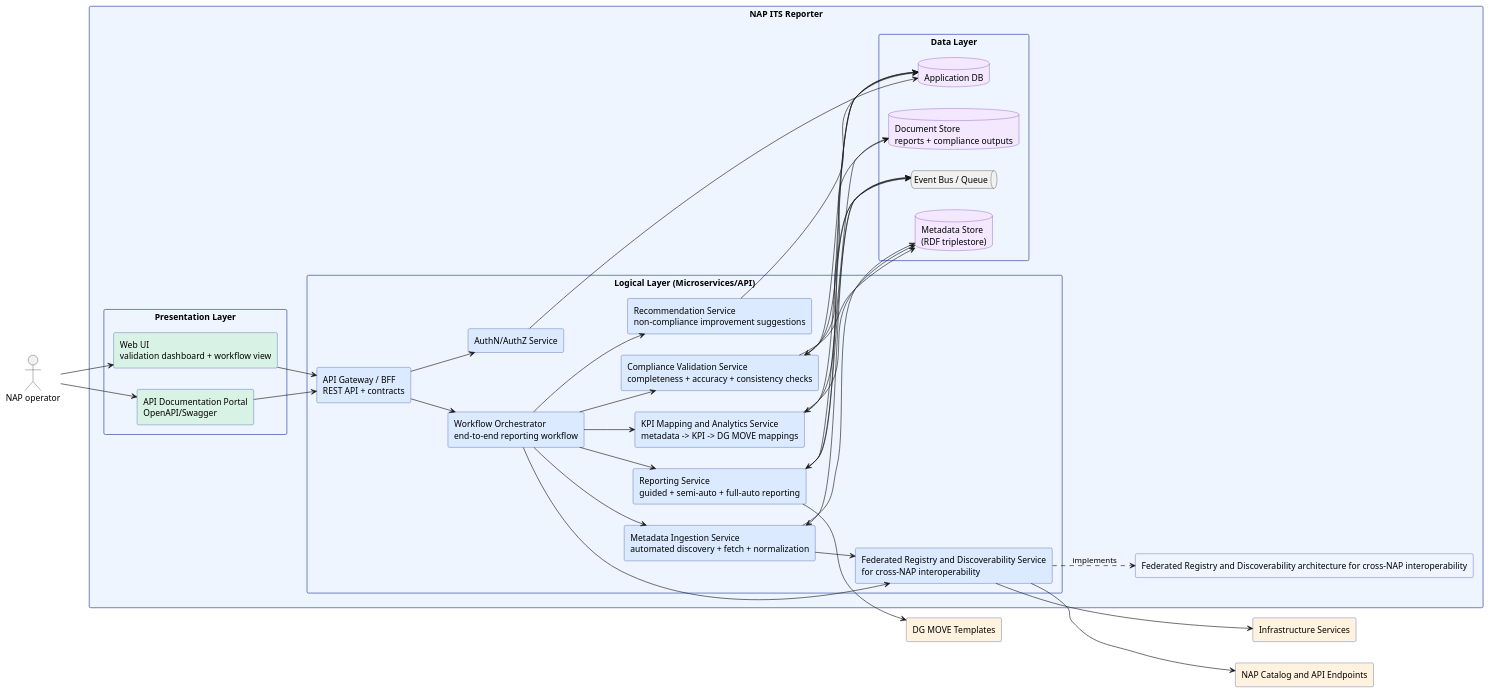
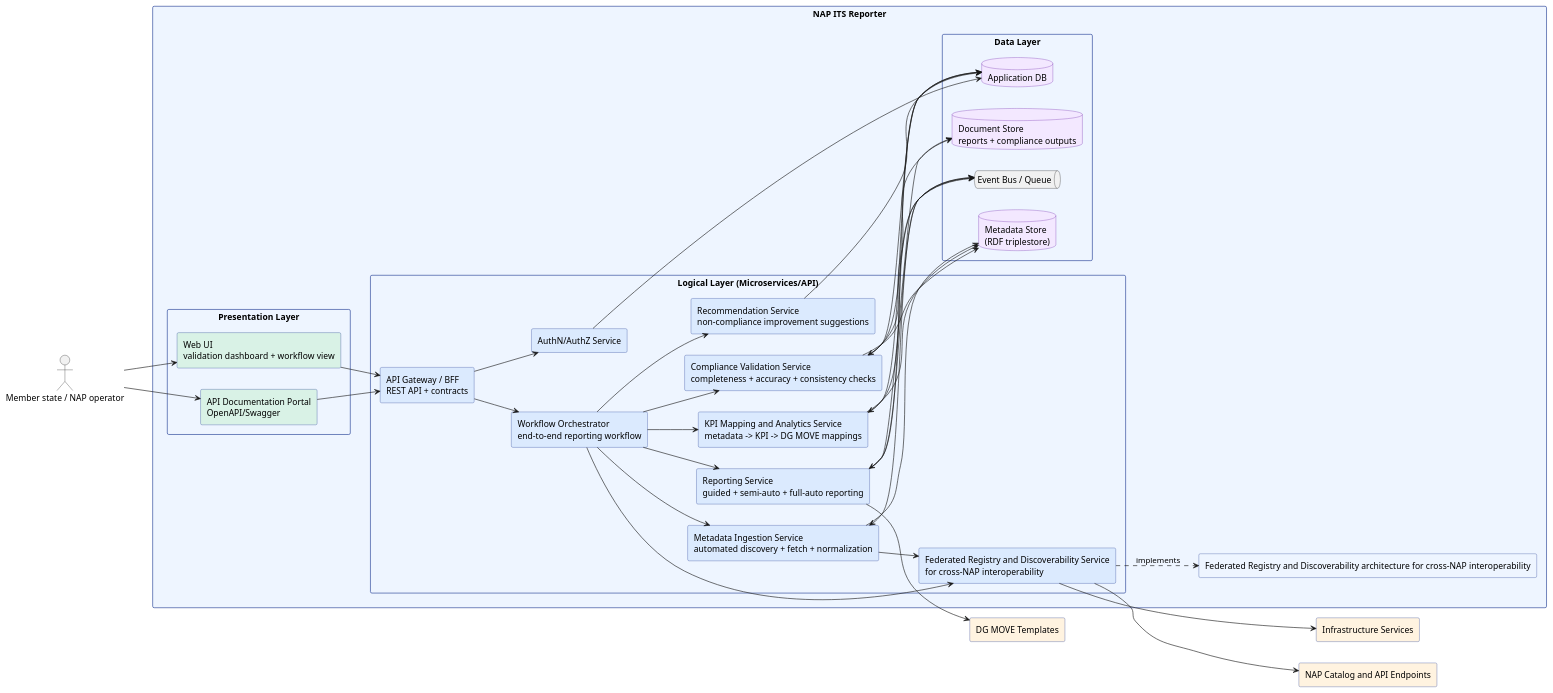
Before and after one commit to UM-KGPI/Napcore-ITS-Reporting: the diagram in docs/architecture/puml/container.puml, drawn with PlantUML. The commit also changed 7 other files, not shown here.

Commit message:
Rename stakeholder to Member state / NAP operator

```diff
--- a/docs/architecture/puml/container.puml
+++ b/docs/architecture/puml/container.puml
@@ -1,86 +1,86 @@
 @startuml
 ' Container Diagram (Level 2)
 skinparam shadowing false
 skinparam componentStyle rectangle
 skinparam packageStyle rectangle
 left to right direction
 
 skinparam rectangle {
   BackgroundColor #eef5ff
   BorderColor #1f3a93
 }
 skinparam database {
   BackgroundColor #f3e8ff
   BorderColor #6b21a8
 }
 
-actor "NAP operator" as USER
+actor "Member state / NAP operator" as USER
 
 package "NAP ITS Reporter" {
   rectangle "Federated Registry and Discoverability architecture for cross-NAP interoperability" as PATTERN #eef5ff
 
   package "Presentation Layer" {
     rectangle "Web UI\nvalidation dashboard + workflow view" as UI #d9f2e6
     rectangle "API Documentation Portal\nOpenAPI/Swagger" as APIDOC #d9f2e6
   }
 
   package "Logical Layer (Microservices/API)" {
     rectangle "API Gateway / BFF\nREST API + contracts" as BFF #dbeafe
     rectangle "Metadata Ingestion Service\nautomated discovery + fetch + normalization" as ING #dbeafe
     rectangle "Federated Registry and Discoverability Service\nfor cross-NAP interoperability" as REGDISC #dbeafe
     rectangle "Compliance Validation Service\ncompleteness + accuracy + consistency checks" as VAL #dbeafe
     rectangle "KPI Mapping and Analytics Service\nmetadata -> KPI -> DG MOVE mappings" as KPI #dbeafe
     rectangle "Reporting Service\nguided + semi-auto + full-auto reporting" as REP #dbeafe
     rectangle "Recommendation Service\nnon-compliance improvement suggestions" as REC #dbeafe
     rectangle "Workflow Orchestrator\nend-to-end reporting workflow" as WF #dbeafe
     rectangle "AuthN/AuthZ Service" as IAM #dbeafe
   }
 
   package "Data Layer" {
     database "Metadata Store\n(RDF triplestore)" as META
     database "Application DB" as APPDB
     database "Document Store\nreports + compliance outputs" as DOCS
     queue "Event Bus / Queue" as MQ
   }
 }
 
 rectangle "NAP Catalog and API Endpoints" as NAP #fff3e0
 rectangle "Infrastructure Services" as INFRA #fff3e0
 rectangle "DG MOVE Templates" as DGT #fff3e0
 
 USER --> UI
 UI --> BFF
 USER --> APIDOC
 APIDOC --> BFF
 BFF --> IAM
 BFF --> WF
 
 WF --> ING
 WF --> REGDISC
 WF --> VAL
 WF --> KPI
 WF --> REP
 WF --> REC
 
 ING --> REGDISC
 REGDISC ..> PATTERN : implements
 REGDISC --> NAP
 REGDISC --> INFRA
 ING --> META
 VAL --> META
 VAL --> APPDB
 VAL --> DOCS
 KPI --> META
 KPI --> APPDB
 REP --> DGT
 REP --> DOCS
 REP --> APPDB
 REC --> APPDB
 
 ING <--> MQ
 VAL <--> MQ
 KPI <--> MQ
 REP <--> MQ
 
 IAM --> APPDB
 @enduml
```
